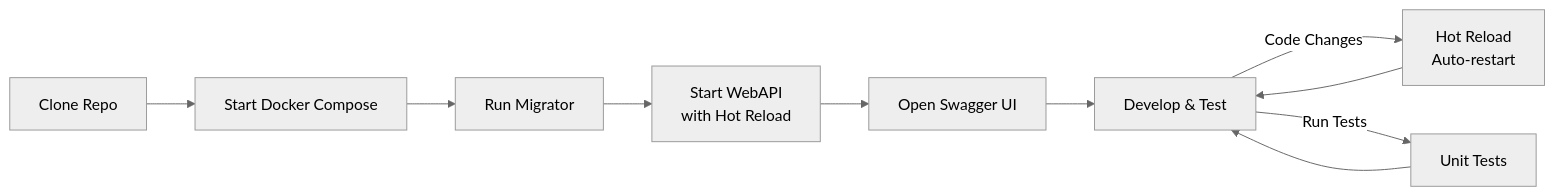
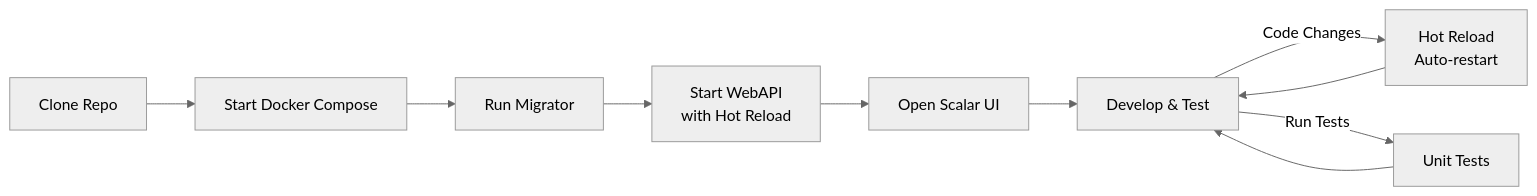
Before and after one commit to tinse-22/GSP26SE43.ModularMonolith: the fifth of 5 diagrams in docs-architecture/10-devops-and-local-development.md, drawn with Mermaid (neutral theme). The commit also changed other lines of this file and 4 other files, not shown here.

First line of the commit message:
Feature/replace swagger with scalar (#15)

````diff
--- a/docs-architecture/10-devops-and-local-development.md
+++ b/docs-architecture/10-devops-and-local-development.md
@@ -722,12 +722,12 @@
 ```mermaid
 graph LR
     A[Clone Repo] --> B[Start Docker Compose]
     B --> C[Run Migrator]
     C --> D[Start WebAPI<br/>with Hot Reload]
-    D --> E[Open Swagger UI]
+    D --> E[Open Scalar UI]
     E --> F[Develop & Test]
     F -->|Code Changes| G[Hot Reload<br/>Auto-restart]
     G --> F
     F -->|Run Tests| H[Unit Tests]
     H --> F
 ```
````
